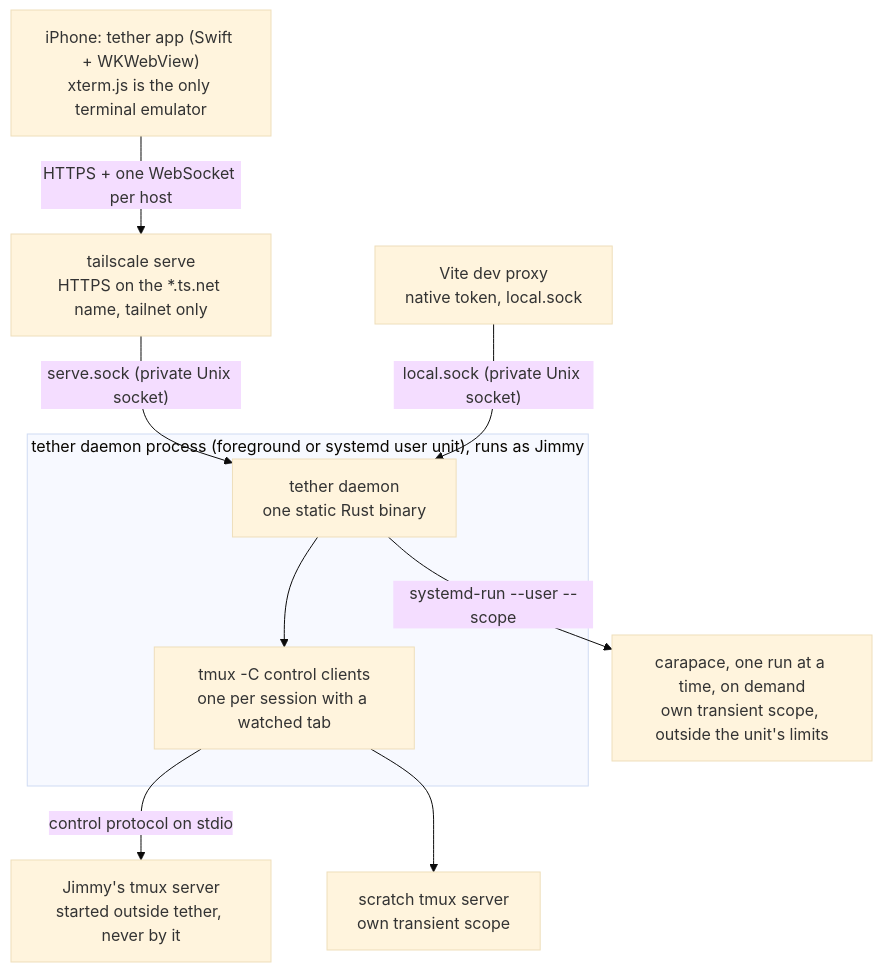
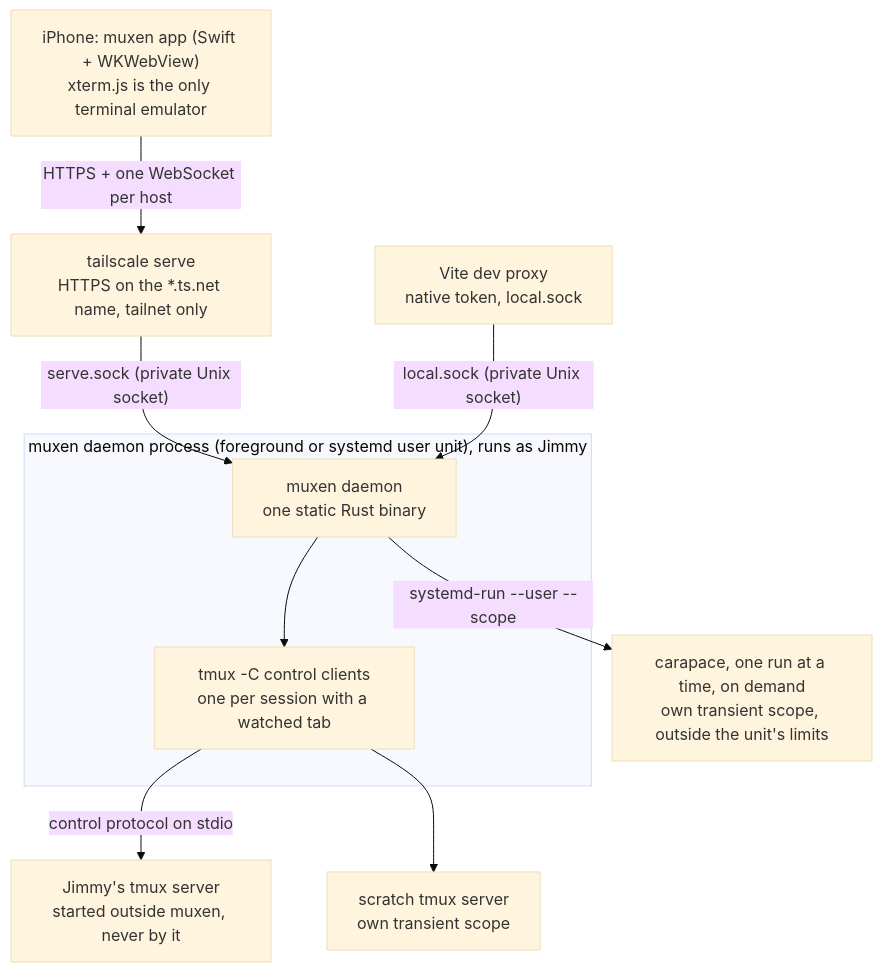
Before and after one commit to haowjy/muxen: the diagram in docs/design/plan.md, drawn with Mermaid (base theme). The commit also changed other lines of this file and 353 other files, not shown here.

First line of the commit message:
Rename tether to muxen

````diff
--- a/docs/design/plan.md
+++ b/docs/design/plan.md
@@ -134,20 +134,20 @@
 ```mermaid
 flowchart TB
-  phone["iPhone: tether app (Swift + WKWebView)<br/>xterm.js is the only terminal emulator"]
+  phone["iPhone: muxen app (Swift + WKWebView)<br/>xterm.js is the only terminal emulator"]
   serve["tailscale serve<br/>HTTPS on the *.ts.net name, tailnet only"]
-  subgraph unit["tether daemon process (foreground or systemd user unit), runs as Jimmy"]
-    daemon["tether daemon<br/>one static Rust binary"]
+  subgraph unit["muxen daemon process (foreground or systemd user unit), runs as Jimmy"]
+    daemon["muxen daemon<br/>one static Rust binary"]
     cc["tmux -C control clients<br/>one per session with a watched tab"]
   end
   dev["Vite dev proxy<br/>native token, local.sock"]
   carapace["carapace, one run at a time, on demand<br/>own transient scope, outside the unit's limits"]
-  tmux["Jimmy's tmux server<br/>started outside tether, never by it"]
+  tmux["Jimmy's tmux server<br/>started outside muxen, never by it"]
   scratch["scratch tmux server<br/>own transient scope"]
   phone -- "HTTPS + one WebSocket per host" --> serve
   serve -- "serve.sock (private Unix socket)" --> daemon
   dev -- "local.sock (private Unix socket)" --> daemon
   daemon --> cc
   cc -- "control protocol on stdio" --> tmux
   cc --> scratch
   daemon -- "systemd-run --user --scope" --> carapace
 ```
````
